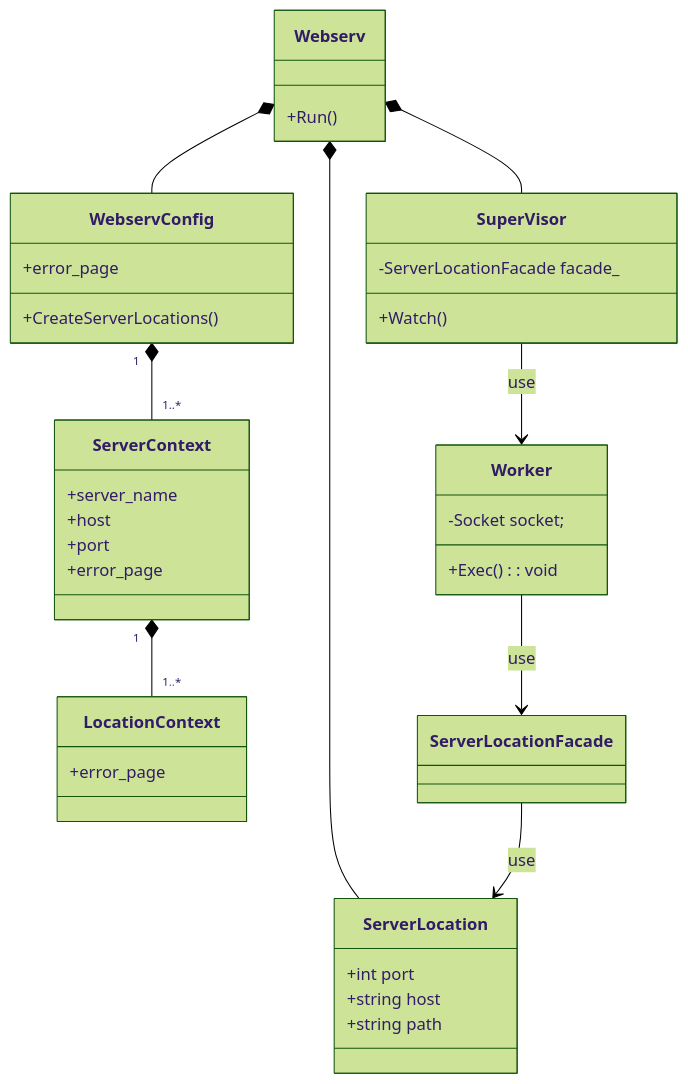
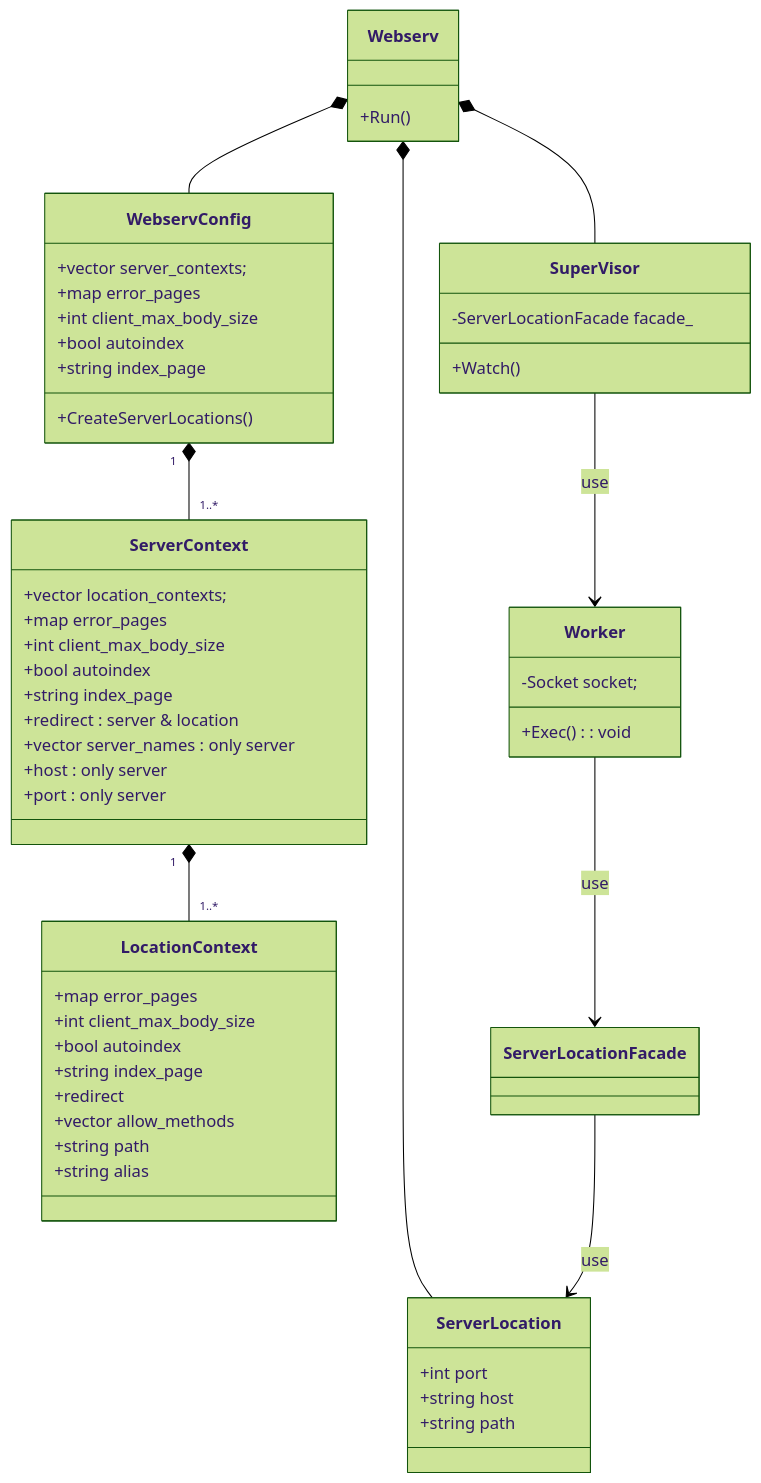
The diagram in docs/class/config_class.md (katataku/webserv), drawn with Mermaid (forest theme) before and after one commit. The commit also changed other lines of this file, not shown here.

Commit message:
doc: 要素を追加

````diff
--- a/docs/class/config_class.md
+++ b/docs/class/config_class.md
@@ -1,56 +1,74 @@
 ```mermaid
 classDiagram
     Webserv *-- WebservConfig
     WebservConfig "1" *-- "1..*" ServerContext
     ServerContext "1" *-- "1..*" LocationContext
 
     Webserv *-- SuperVisor
     Webserv *-- ServerLocation
     SuperVisor --> Worker : use
     Worker --> ServerLocationFacade : use
     ServerLocationFacade --> ServerLocation: use
 
     class WebservConfig {
-        +error_page
+        +vector<ServerContext> server_contexts;
+        +map<int, string> error_pages
+        +int client_max_body_size
+        +bool autoindex
+        +string index_page
         +CreateServerLocations()
     }
 
+    %% TODO: listenディレクトリは複数指定できるかを確認 %%
+    %% TODO: redirectの持ち方を検討 %%
     class ServerContext {
-        +server_name
-        +host
-        +port
-        +error_page
+        +vector<LocationContext> location_contexts;
+        +map<int, string> error_pages
+        +int client_max_body_size
+        +bool autoindex
+        +string index_page
+        +redirect : server & location
+        +vector<string> server_names : only server
+        +host : only server
+        +port : only server
     }
 
     class LocationContext {
-        +error_page
+        +map<int, string> error_pages
+        +int client_max_body_size
+        +bool autoindex
+        +string index_page
+        +redirect
+        +vector<string> allow_methods
+        +string path
+        +string alias
     }
 
     class Webserv {
         +Run()
     }
 
     %% IO多重化とソケットクラスを生成してWorkerに処理を依頼するまでを担当する%%
     class SuperVisor {
         -ServerLocationFacade facade_
         +Watch()
     }
 
     %% Socketを元に具体的な処理を担当する。 %%
     %% Requestを受け付けてResponseの返却をする %%
     class Worker {
         -Socket socket;
         +Exec() : void
     }
 
     %% どのServerLocationを使用するかを決定する責務 %%
     class ServerLocationFacade {
     }
 
     %% configを元に各locationごとの設定 %%
     class ServerLocation {
         +int port
         +string host
         +string path
     }
 ```
````
